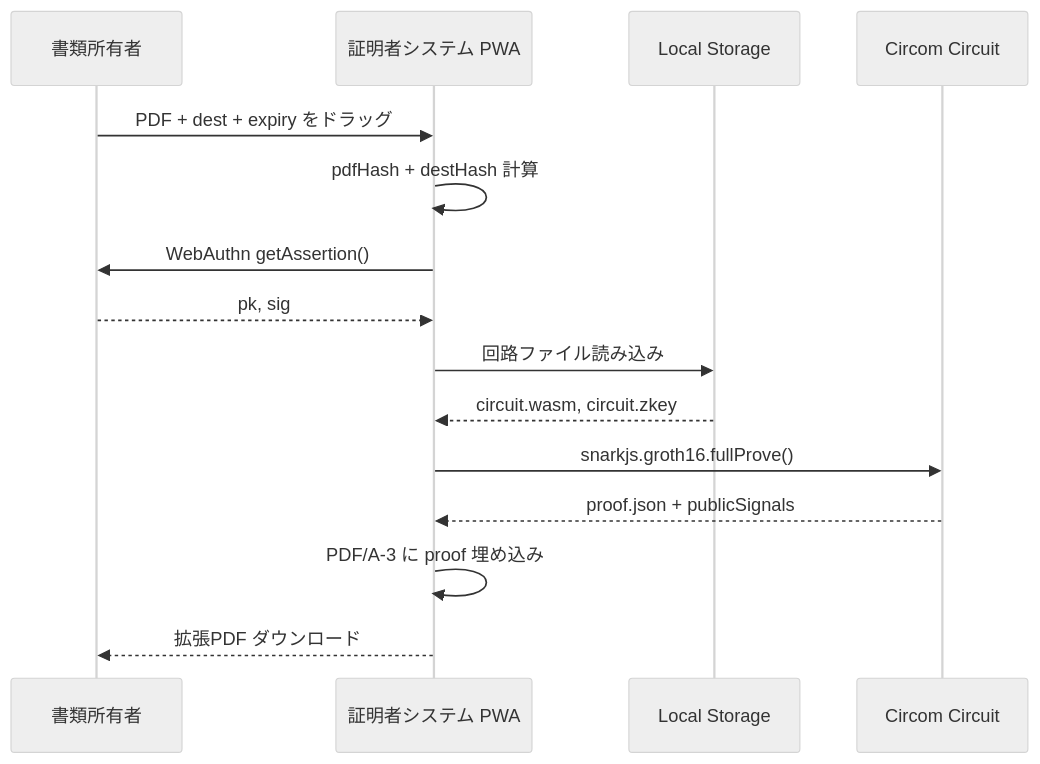
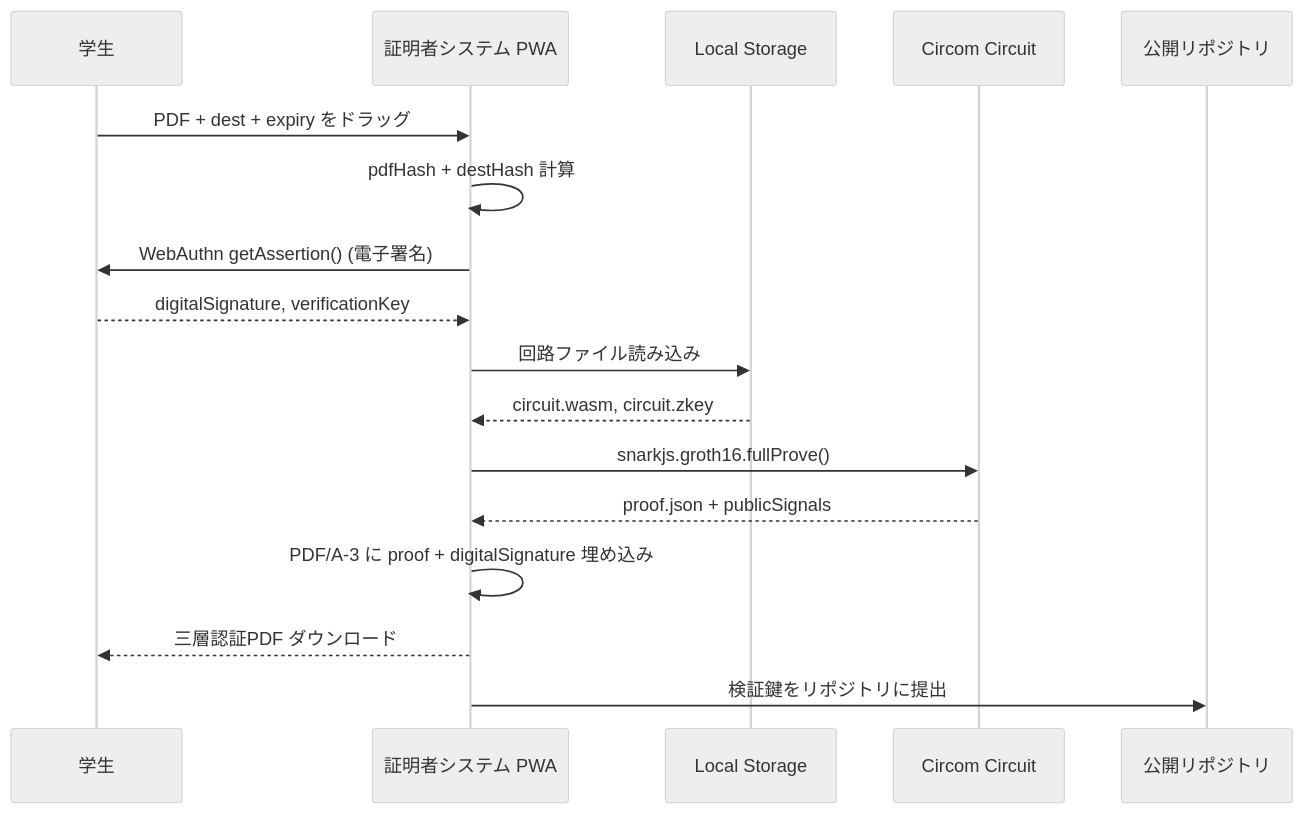
Before and after one commit to Blank-Vulture/Tri-CertFramework: the second of 2 diagrams in documents/FSD_JP.md, drawn with Mermaid (neutral theme). The commit also changed other lines of this file and 51 other files, not shown here.

````diff
--- a/documents/FSD_JP.md
+++ b/documents/FSD_JP.md
@@ -90,18 +94,20 @@
 ```mermaid
 sequenceDiagram
-    participant Owner as 書類所有者
+    participant Student as 学生
     participant PWA as 証明者システム PWA
     participant LS as Local Storage
     participant Circuit as Circom Circuit
+    participant Repo as 公開リポジトリ
 
-    Owner->>PWA: PDF + dest + expiry をドラッグ
+    Student->>PWA: PDF + dest + expiry をドラッグ
     PWA->>PWA: pdfHash + destHash 計算
-    PWA->>Owner: WebAuthn getAssertion()
-    Owner-->>PWA: pk, sig
+    PWA->>Student: WebAuthn getAssertion() (電子署名)
+    Student-->>PWA: digitalSignature, verificationKey
     PWA->>LS: 回路ファイル読み込み
     LS-->>PWA: circuit.wasm, circuit.zkey
     PWA->>Circuit: snarkjs.groth16.fullProve()
     Circuit-->>PWA: proof.json + publicSignals
-    PWA->>PWA: PDF/A-3 に proof 埋め込み
-    PWA-->>Owner: 拡張PDF ダウンロード
+    PWA->>PWA: PDF/A-3 に proof + digitalSignature 埋め込み
+    PWA-->>Student: 三層認証PDF ダウンロード
+    PWA->>Repo: 検証鍵をリポジトリに提出
 ```
````
